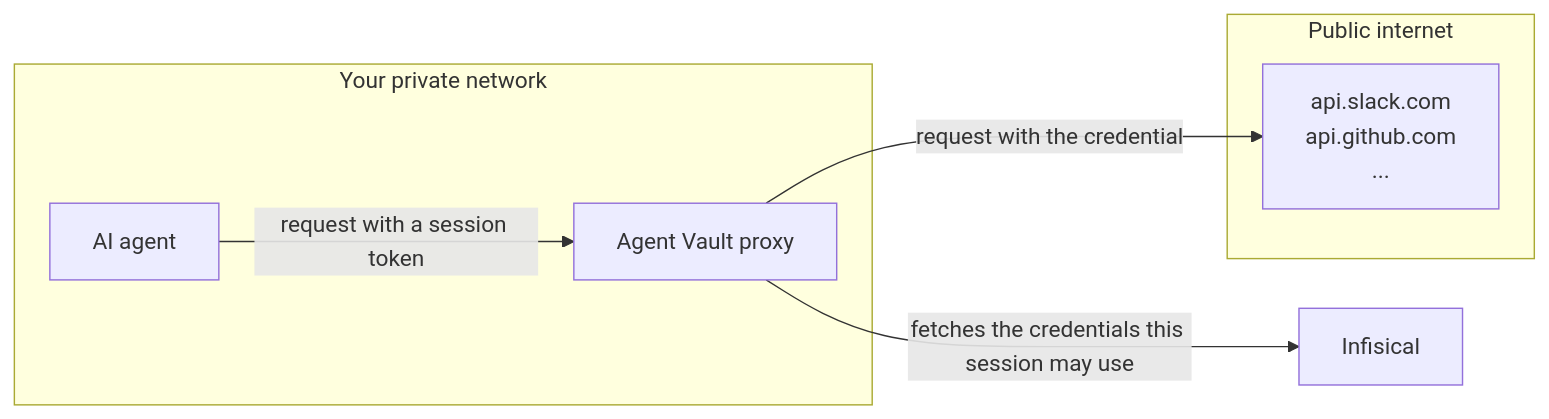
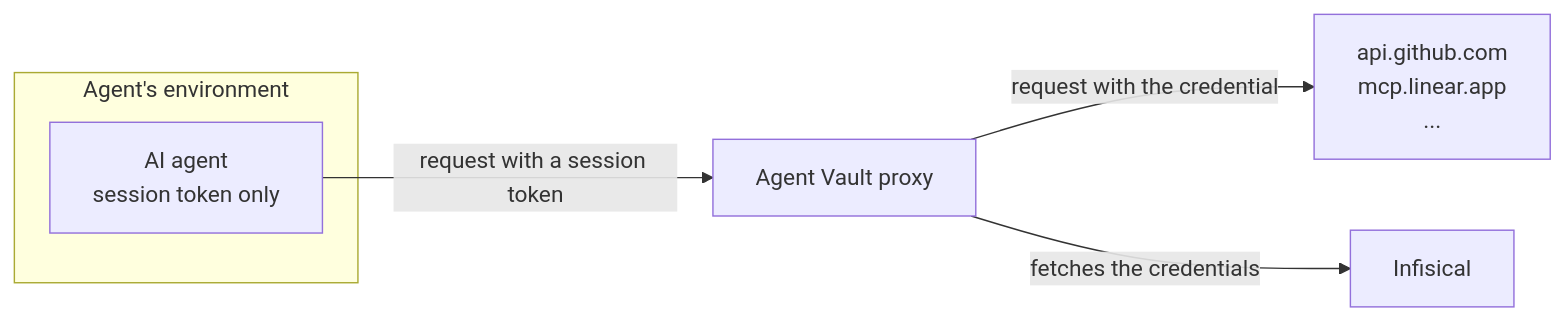
One commit to Infisical/infisical changed the diagram in docs/documentation/platform/agent-vault/why-agent-vault.mdx. Above: the diagram before and after it, drawn with Mermaid. The commit also changed other lines of this file and 7 other files, not shown here.

````diff
--- a/docs/documentation/platform/agent-vault/why-agent-vault.mdx
+++ b/docs/documentation/platform/agent-vault/why-agent-vault.mdx
@@ -20,14 +21,12 @@
 ```mermaid
 flowchart LR
-  subgraph private["Your private network"]
-    agent["AI agent"]
-    proxy["Agent Vault proxy"]
+  subgraph env["Agent's environment"]
+    agent["AI agent<br/>session token only"]
   end
-  subgraph internet["Public internet"]
-    apis["api.slack.com<br/>api.github.com<br/>..."]
-  end
+  proxy["Agent Vault proxy"]
   infisical["Infisical"]
+  apis["api.github.com<br/>mcp.linear.app<br/>..."]
   agent -->|"request with a session token"| proxy
   proxy -->|"request with the credential"| apis
-  proxy -->|"fetches the credentials this session may use"| infisical
+  proxy -->|"fetches the credentials"| infisical
 ```
````
